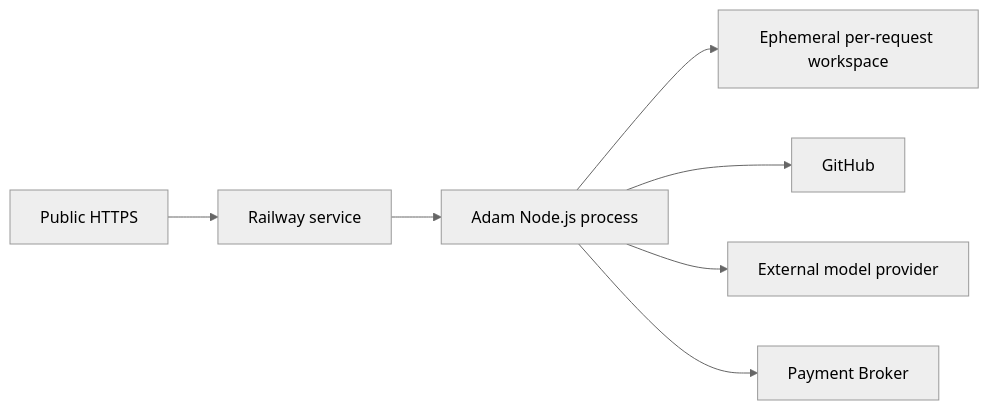
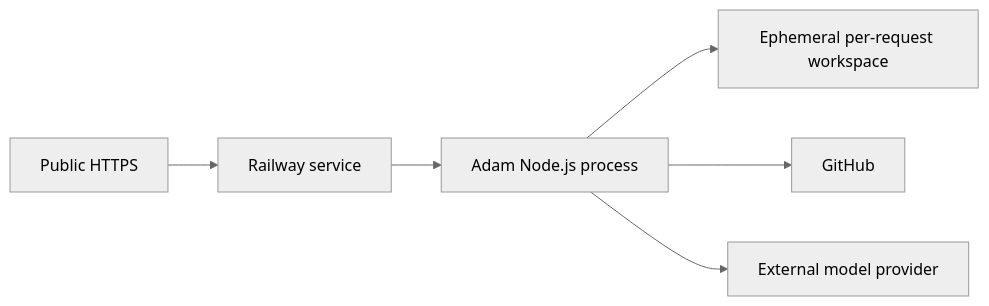
One commit to onchaindc/Adam changed the third of 3 diagrams in ARCHITECTURE.md. Above: the diagram before and after it, drawn with Mermaid (neutral theme). The commit also changed other lines of this file and 17 other files, not shown here.

````diff
--- a/ARCHITECTURE.md
+++ b/ARCHITECTURE.md
@@ -556,17 +541,15 @@
 ```mermaid
 flowchart LR
     Internet["Public HTTPS"]
     Railway["Railway service"]
     App["Adam Node.js process"]
     Temp["Ephemeral per-request workspace"]
     Provider["External model provider"]
     GitHub["GitHub"]
-    Broker["Payment Broker"]
 
     Internet --> Railway
     Railway --> App
     App --> Temp
     App --> GitHub
     App --> Provider
-    App --> Broker
 ```
````
